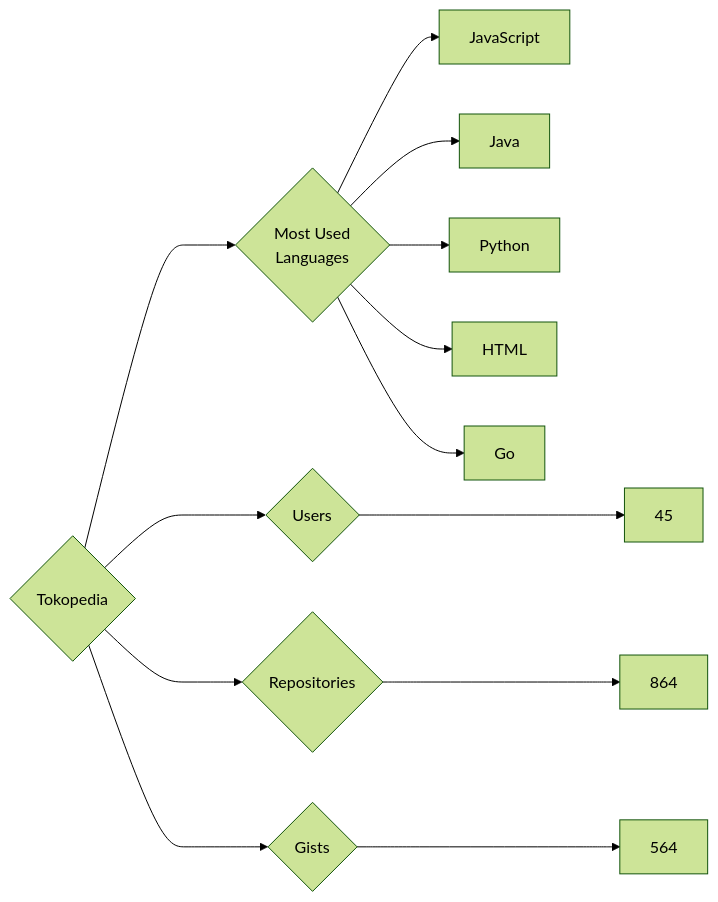
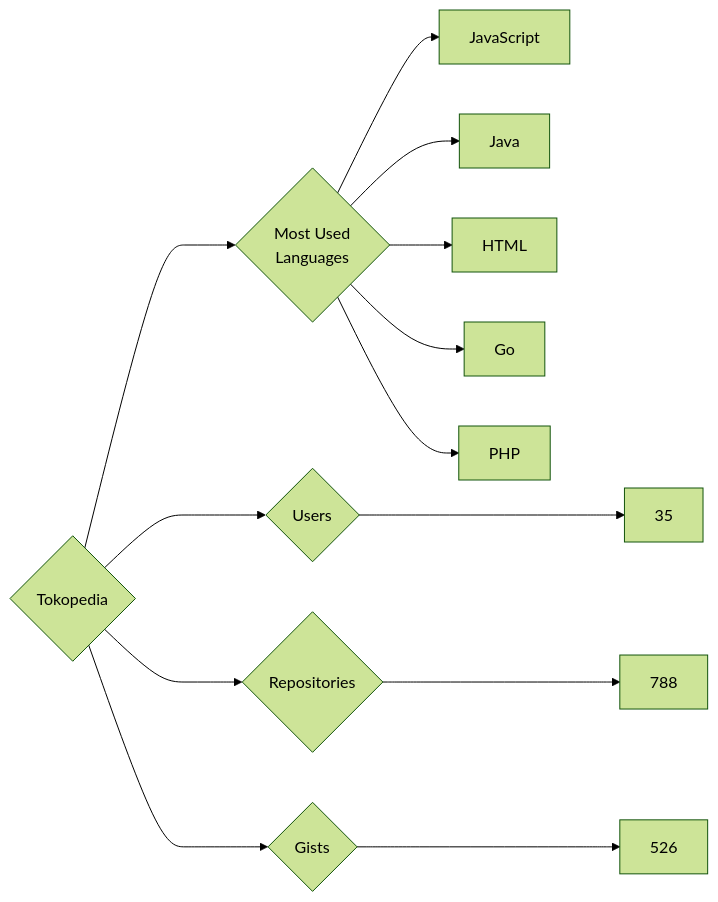
Before and after one commit to trickest/insiders: the diagram in targets/Tokopedia/README.md, drawn with Mermaid (forest theme). The commit also changed 969 other files, not shown here.

````diff
--- a/targets/Tokopedia/README.md
+++ b/targets/Tokopedia/README.md
@@ -3,13 +3,13 @@
 ```mermaid
 graph LR
 COMPANY_NAME{Tokopedia}
-COMPANY_NAME ---> U{Users} ---> UN[45]
-COMPANY_NAME ---> R{Repositories} ---> RN[864]
-COMPANY_NAME ---> G{Gists} ---> GN[564]
+COMPANY_NAME ---> U{Users} ---> UN[35]
+COMPANY_NAME ---> R{Repositories} ---> RN[788]
+COMPANY_NAME ---> G{Gists} ---> GN[526]
 COMPANY_NAME ---> ML{Most Used<br>Languages}
 ML --> JavaScript[JavaScript]
 ML --> Java[Java]
-ML --> Python[Python]
 ML --> HTML[HTML]
 ML --> Go[Go]
+ML --> PHP[PHP]
 ```
````
